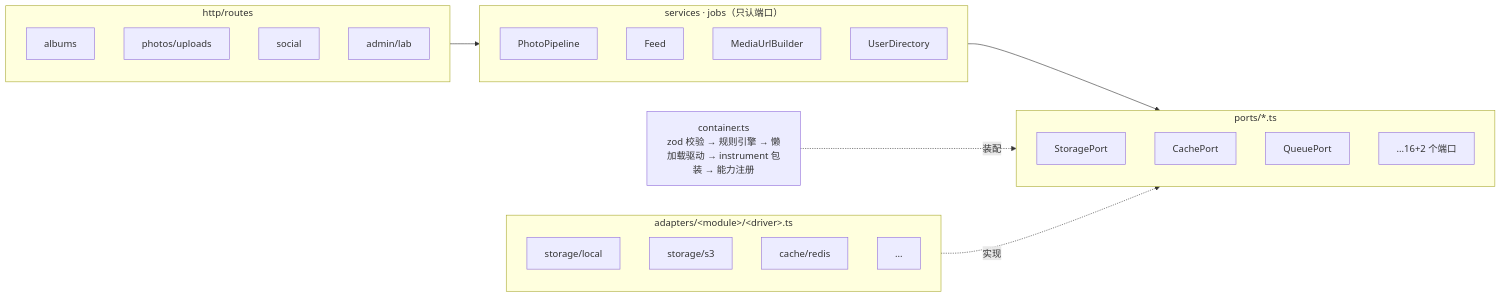
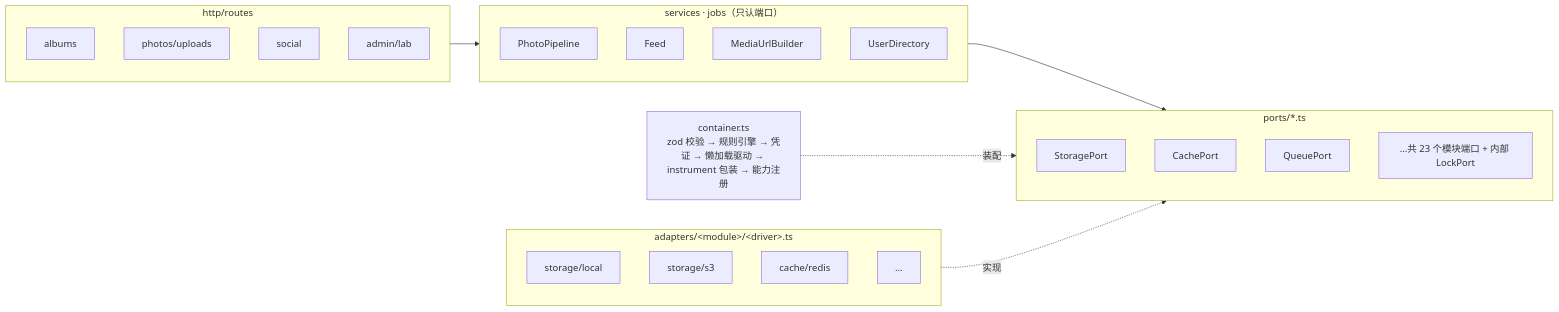
One commit to anc-repository/aws_training changed the second of 4 diagrams in docs/modular-design.md. Above: the diagram before and after it, drawn with Mermaid. The commit also changed other lines of this file and 12 other files, not shown here.

````diff
--- a/docs/modular-design.md
+++ b/docs/modular-design.md
@@ -597,18 +945,18 @@
 ```mermaid
 flowchart LR
     subgraph HTTP [http/routes]
       R1[albums] & R2[photos/uploads] & R3[social] & R4[admin/lab]
     end
     subgraph SVC [services · jobs（只认端口）]
       S1[PhotoPipeline] & S2[Feed] & S3[MediaUrlBuilder] & S4[UserDirectory]
     end
     subgraph PORTS [ports/*.ts]
-      P1[StoragePort] & P2[CachePort] & P3[QueuePort] & P4[...16+2 个端口]
+      P1[StoragePort] & P2[CachePort] & P3[QueuePort] & P4[...共 23 个模块端口 + 内部 LockPort]
     end
     subgraph AD [adapters/&lt;module&gt;/&lt;driver&gt;.ts]
       A1[storage/local] & A2[storage/s3] & A3[cache/redis] & A4[...]
     end
     HTTP --> SVC --> PORTS
-    C[container.ts<br/>zod 校验 → 规则引擎 → 懒加载驱动 → instrument 包装 → 能力注册] -.装配.-> PORTS
+    C[container.ts<br/>zod 校验 → 规则引擎 → 凭证 → 懒加载驱动 → instrument 包装 → 能力注册] -.装配.-> PORTS
     AD -.实现.-> PORTS
 ```
````
